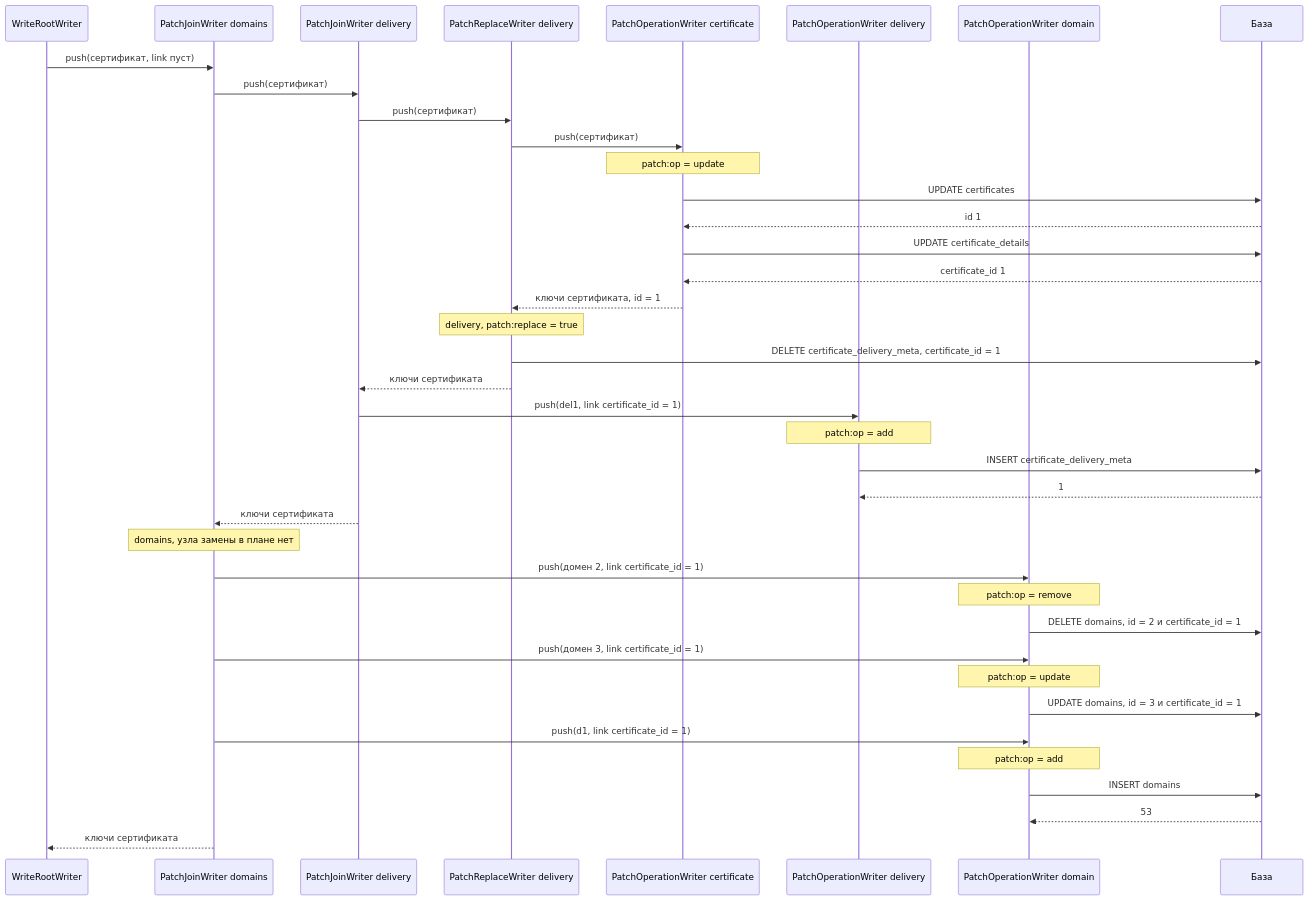
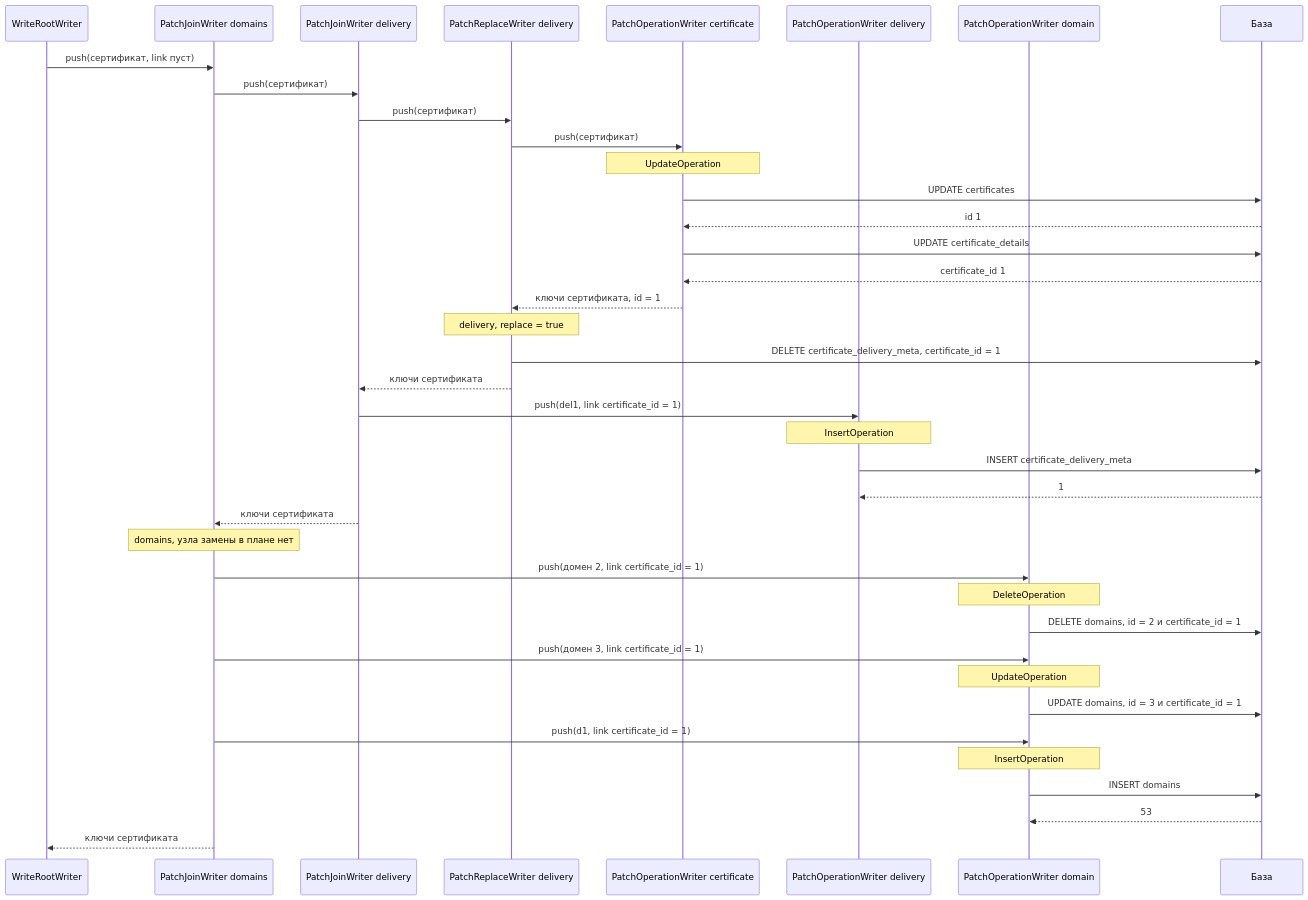
One commit to eduard-gr/jsonapi-engine changed the third of 3 diagrams in example/patch-document.md. Above: the diagram before and after it, drawn with Mermaid. The commit also changed other lines of this file and 2 other files, not shown here.

First line of the commit message:
prototype: typed operation tree instead of arrays with service keys

````diff
--- a/example/patch-document.md
+++ b/example/patch-document.md
@@ -451,44 +455,44 @@
 ```mermaid
 sequenceDiagram
     participant R as WriteRootWriter
     participant JD as PatchJoinWriter domains
     participant JV as PatchJoinWriter delivery
     participant RV as PatchReplaceWriter delivery
     participant OC as PatchOperationWriter certificate
     participant OV as PatchOperationWriter delivery
     participant OD as PatchOperationWriter domain
     participant DB as База
 
     R->>JD: push(сертификат, link пуст)
     JD->>JV: push(сертификат)
     JV->>RV: push(сертификат)
     RV->>OC: push(сертификат)
-    Note over OC: patch:op = update
+    Note over OC: UpdateOperation
     OC->>DB: UPDATE certificates
     DB-->>OC: id 1
     OC->>DB: UPDATE certificate_details
     DB-->>OC: certificate_id 1
     OC-->>RV: ключи сертификата, id = 1
 
-    Note over RV: delivery, patch:replace = true
+    Note over RV: delivery, replace = true
     RV->>DB: DELETE certificate_delivery_meta, certificate_id = 1
     RV-->>JV: ключи сертификата
     JV->>OV: push(del1, link certificate_id = 1)
-    Note over OV: patch:op = add
+    Note over OV: InsertOperation
     OV->>DB: INSERT certificate_delivery_meta
     DB-->>OV: 1
     JV-->>JD: ключи сертификата
 
     Note over JD: domains, узла замены в плане нет
     JD->>OD: push(домен 2, link certificate_id = 1)
-    Note over OD: patch:op = remove
+    Note over OD: DeleteOperation
     OD->>DB: DELETE domains, id = 2 и certificate_id = 1
     JD->>OD: push(домен 3, link certificate_id = 1)
-    Note over OD: patch:op = update
+    Note over OD: UpdateOperation
     OD->>DB: UPDATE domains, id = 3 и certificate_id = 1
     JD->>OD: push(d1, link certificate_id = 1)
-    Note over OD: patch:op = add
+    Note over OD: InsertOperation
     OD->>DB: INSERT domains
     DB-->>OD: 53
     JD-->>R: ключи сертификата
 ```
````
